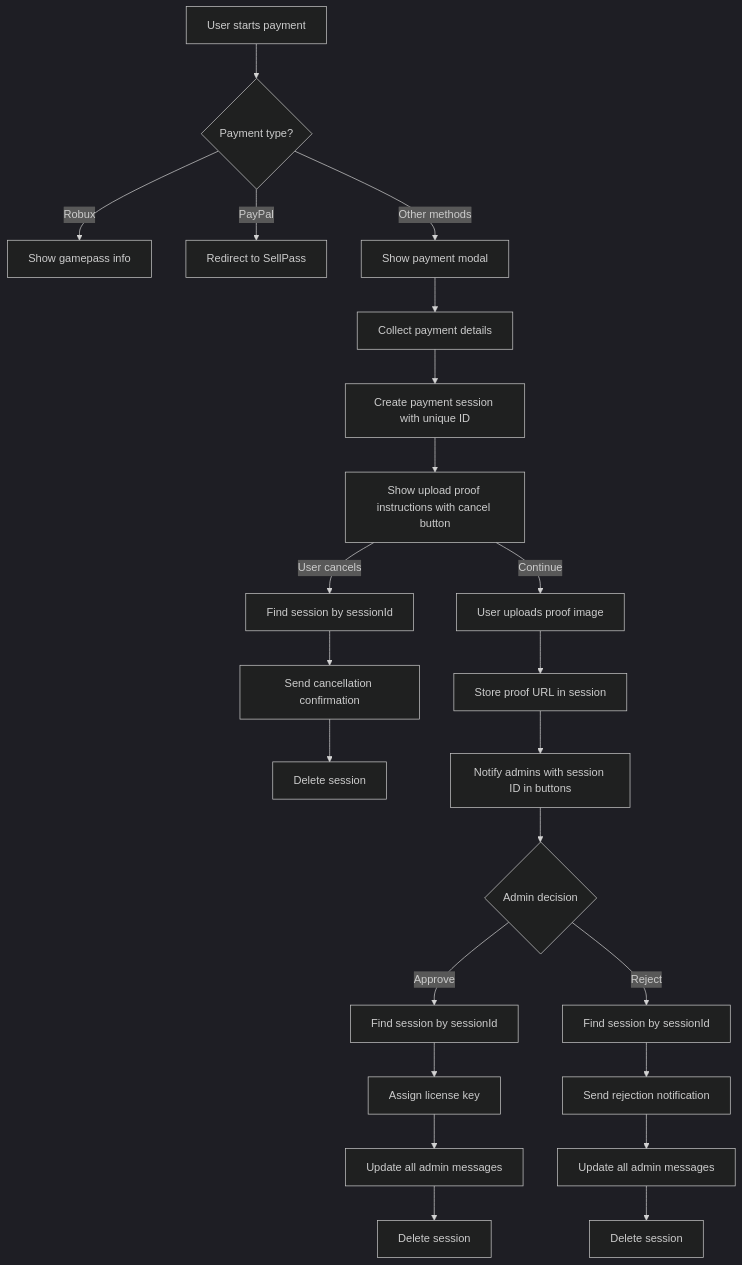
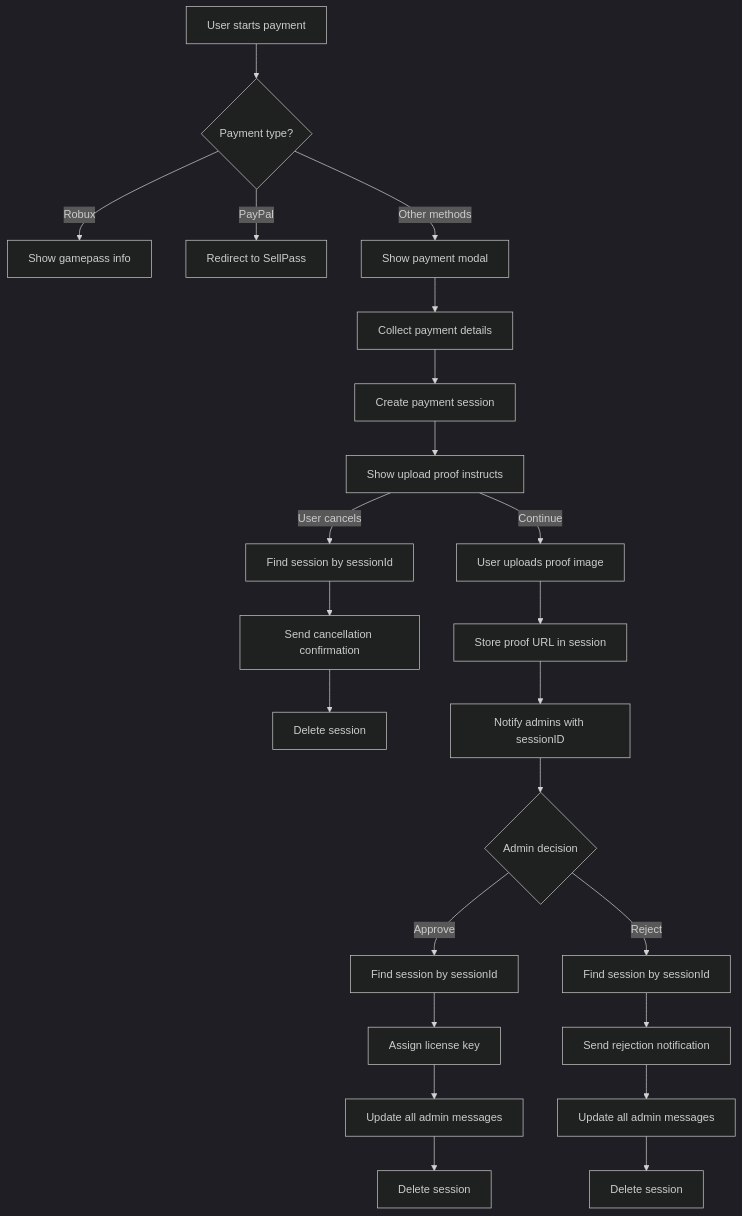
Before and after one commit to linhisreal/Idek: the first of 5 diagrams in sigma.md, drawn with Mermaid (dark theme).

````diff
--- a/sigma.md
+++ b/sigma.md
@@ -7,33 +7,33 @@
 ```mermaid
 flowchart TD
     A[User starts payment] --> B{Payment type?}
     B -->|Robux| C[Show gamepass info]
     B -->|PayPal| D[Redirect to SellPass]
     B -->|Other methods| E[Show payment modal]
     
     E --> F[Collect payment details]
-    F --> G[Create payment session with unique ID]
-    G --> H[Show upload proof instructions with cancel button]
+    F --> G[Create payment session]
+    G --> H[Show upload proof instructs]
     
     %% User cancellation branch - happens earlier in the flow
     H -->|User cancels| O[Find session by sessionId]
     O --> V[Send cancellation confirmation]
     V --> W[Delete session]
     
     %% Normal continuation
     H -->|Continue| I[User uploads proof image]
     I --> J[Store proof URL in session]
-    J --> K[Notify admins with session ID in buttons]
+    J --> K[Notify admins with sessionID]
     
     K --> L{Admin decision}
     L -->|Approve| M[Find session by sessionId]
     L -->|Reject| N[Find session by sessionId]
     
     M --> P[Assign license key]
     P --> Q[Update all admin messages]
     Q --> R[Delete session]
     
     N --> S[Send rejection notification]
     S --> T[Update all admin messages]
     T --> U[Delete session]
 ```
````
